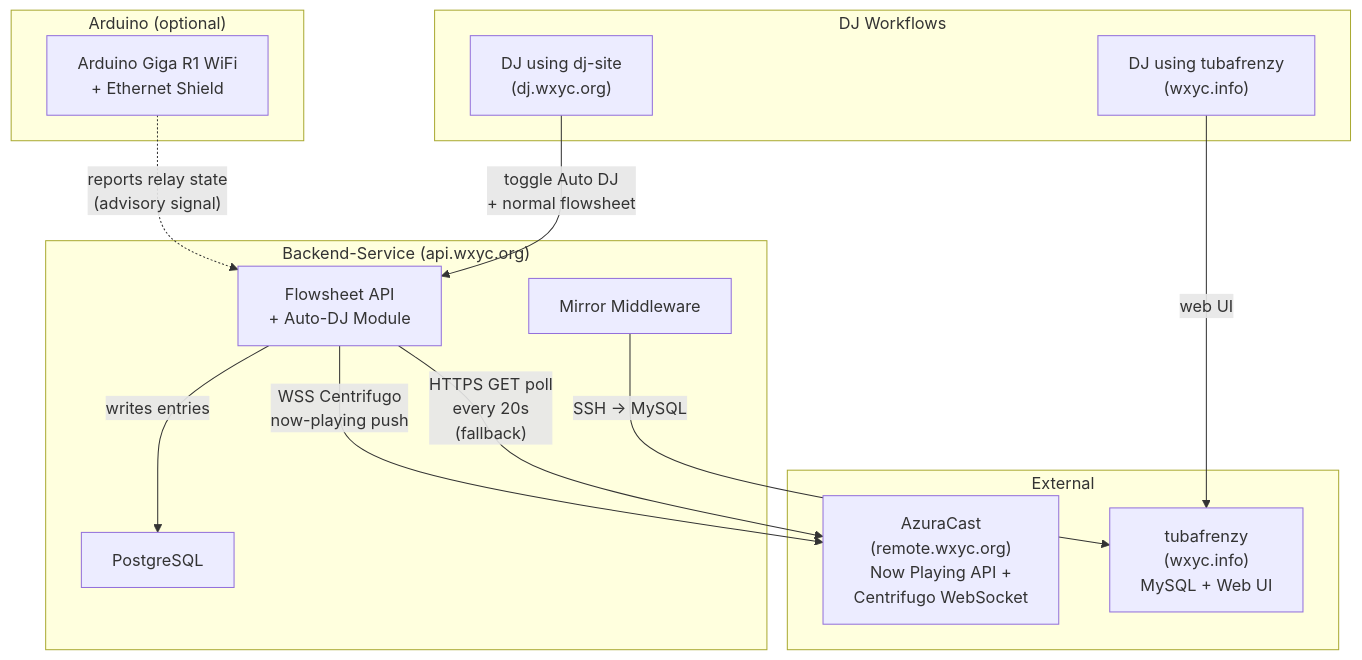
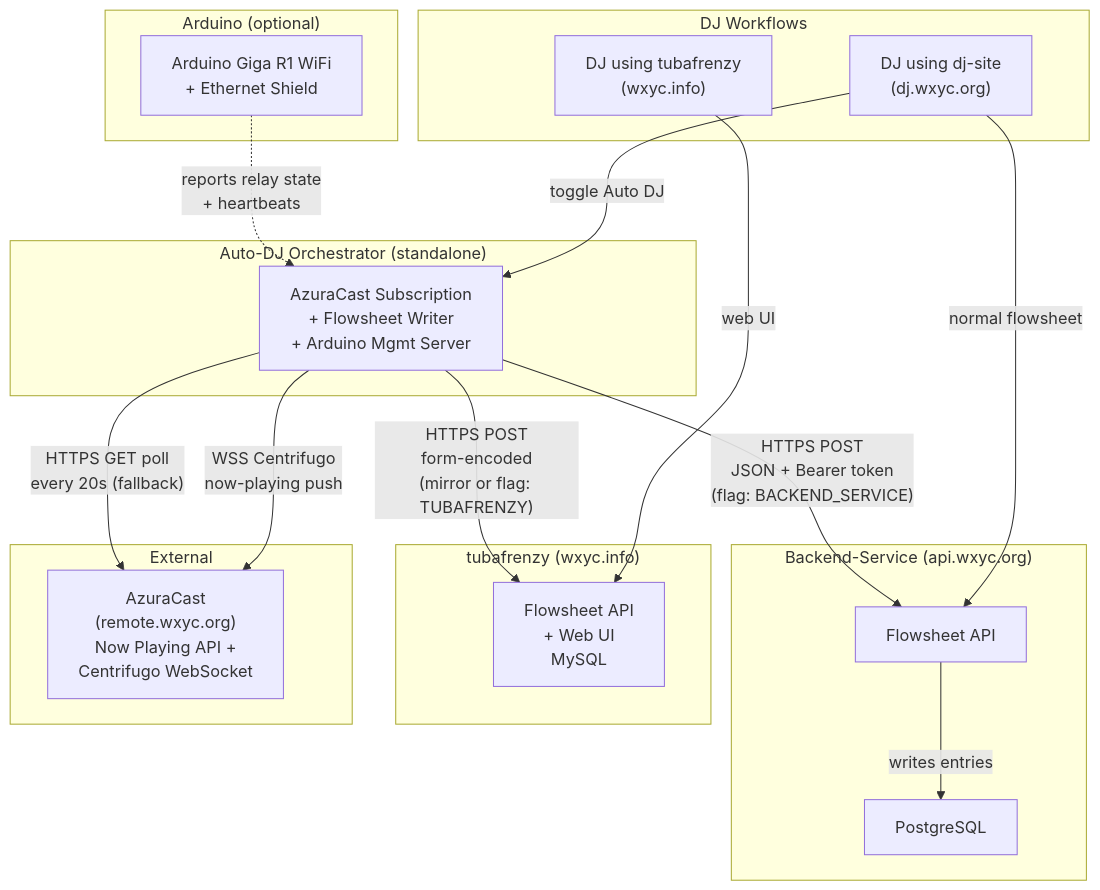
One commit to WXYC/auto-dj-arduino-switch changed the first of 15 diagrams in docs/networking-spec.md. Above: the diagram before and after it, drawn with Mermaid. The commit also changed other lines of this file, not shown here.

First line of the commit message:
Refactor: orchestrator is a standalone service, not a Backend-Service module

````diff
--- a/docs/networking-spec.md
+++ b/docs/networking-spec.md
@@ -79,32 +79,40 @@
 ```mermaid
 flowchart TD
     subgraph DJs["DJ Workflows"]
         DJ1["DJ using dj-site<br>(dj.wxyc.org)"]
         DJ2["DJ using tubafrenzy<br>(wxyc.info)"]
     end
 
+    subgraph Orchestrator["Auto-DJ Orchestrator (standalone)"]
+        ORCH["AzuraCast Subscription<br>+ Flowsheet Writer<br>+ Arduino Mgmt Server"]
+    end
+
     subgraph Backend["Backend-Service (api.wxyc.org)"]
-        API["Flowsheet API<br>+ Auto-DJ Module"]
+        API["Flowsheet API"]
         PG["PostgreSQL"]
-        MIRROR["Mirror Middleware"]
+    end
+
+    subgraph Legacy["tubafrenzy (wxyc.info)"]
+        TF["Flowsheet API<br>+ Web UI<br>MySQL"]
     end
 
     subgraph External["External"]
-        TF["tubafrenzy<br>(wxyc.info)<br>MySQL + Web UI"]
         AZ["AzuraCast<br>(remote.wxyc.org)<br>Now Playing API +<br>Centrifugo WebSocket"]
     end
 
     subgraph Device["Arduino (optional)"]
         ARD["Arduino Giga R1 WiFi<br>+ Ethernet Shield"]
     end
 
-    DJ1 -->|"toggle Auto DJ<br>+ normal flowsheet"| API
+    DJ1 -->|"toggle Auto DJ"| ORCH
+    DJ1 -->|"normal flowsheet"| API
     DJ2 -->|"web UI"| TF
     API -->|"writes entries"| PG
-    MIRROR -->|"SSH → MySQL"| TF
 
-    API -->|"WSS Centrifugo<br>now-playing push"| AZ
-    API -->|"HTTPS GET poll<br>every 20s<br>(fallback)"| AZ
+    ORCH -->|"WSS Centrifugo<br>now-playing push"| AZ
+    ORCH -->|"HTTPS GET poll<br>every 20s (fallback)"| AZ
+    ORCH -->|"HTTPS POST<br>JSON + Bearer token<br>(flag: BACKEND_SERVICE)"| API
+    ORCH -->|"HTTPS POST<br>form-encoded<br>(mirror or flag: TUBAFRENZY)"| TF
 
-    ARD -.->|"reports relay state<br>(advisory signal)"| API
+    ARD -.->|"reports relay state<br>+ heartbeats"| ORCH
 ```
````
